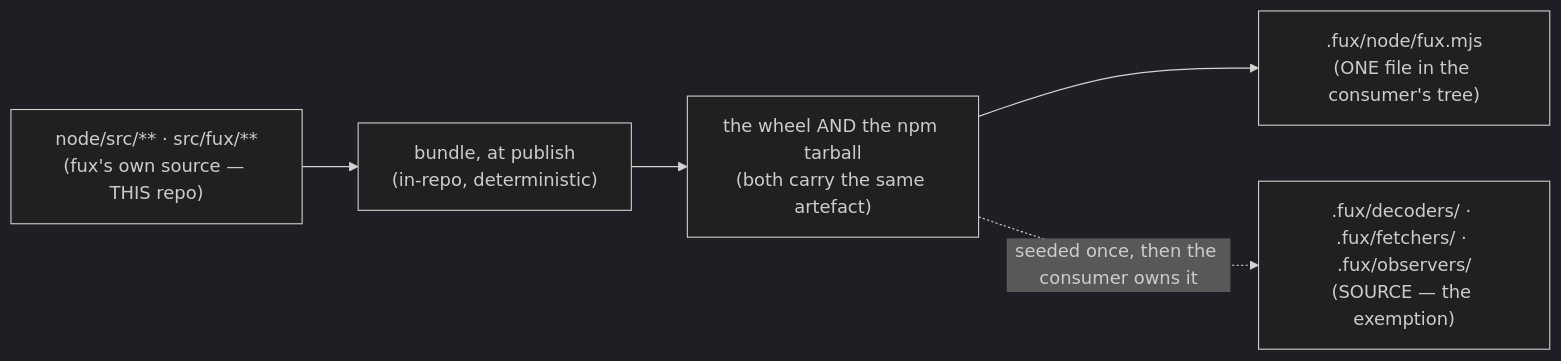
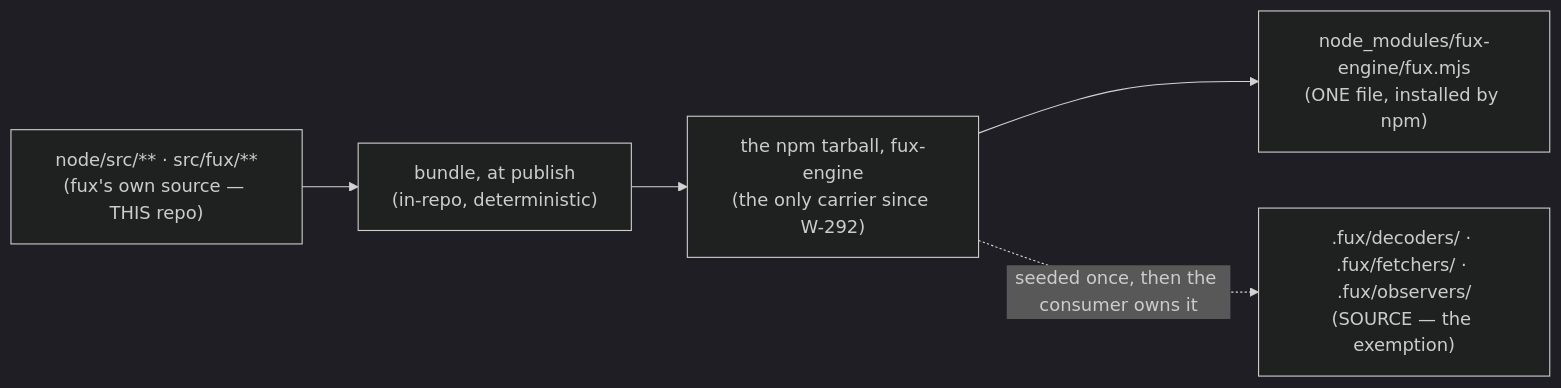
One commit to arpitarya/fux changed the diagram in records/0012_LAW-10-bundled-output.md. Above: the diagram before and after it, drawn with Mermaid (dark theme). The commit also changed other lines of this file and 49 other files, not shown here.

First line of the commit message:
feat(w292): the Node reader installs from npm only

````diff
--- a/records/0012_LAW-10-bundled-output.md
+++ b/records/0012_LAW-10-bundled-output.md
@@ -72,10 +74,10 @@
 ```mermaid
 flowchart LR
     S["node/src/** · src/fux/**<br/>(fux's own source — THIS repo)"]
     B["bundle, at publish<br/>(in-repo, deterministic)"]
-    W["the wheel AND the npm tarball<br/>(both carry the same artefact)"]
-    C[".fux/node/fux.mjs<br/>(ONE file in the consumer's tree)"]
+    W["the npm tarball, fux-engine<br/>(the only carrier since W-292)"]
+    C["node_modules/fux-engine/fux.mjs<br/>(ONE file, installed by npm)"]
     D[".fux/decoders/ · .fux/fetchers/ · .fux/observers/<br/>(SOURCE — the exemption)"]
     S --> B --> W --> C
     W -. "seeded once, then the consumer owns it" .-> D
 ```
````
